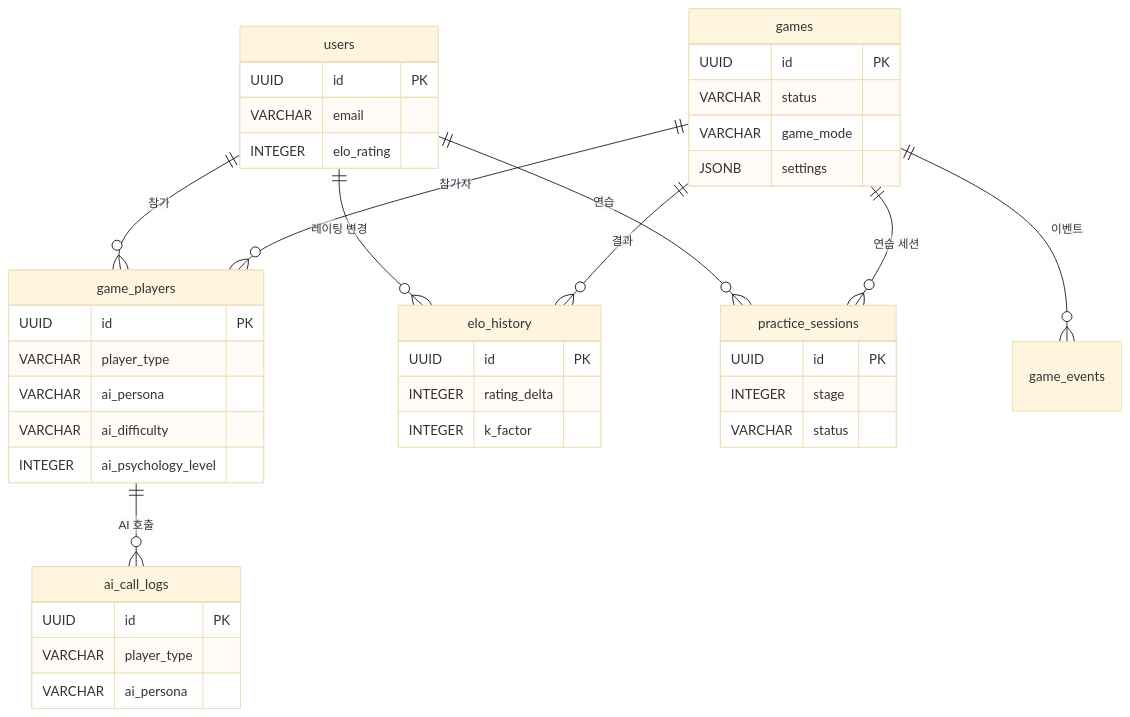
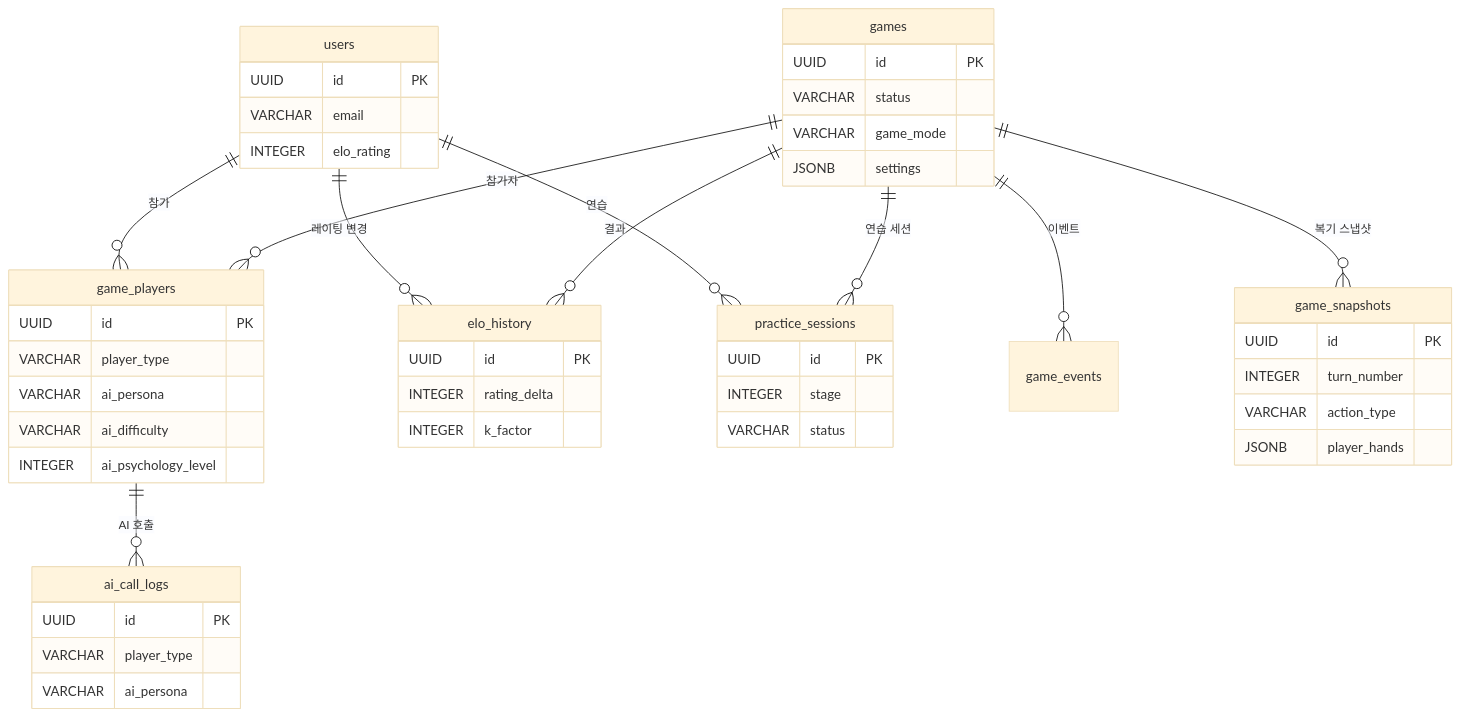
Before and after one commit to k82022603/RummiArena: the diagram in docs/02-design/02-database-design.md, drawn with Mermaid (base theme). The commit also changed other lines of this file and 6 other files, not shown here.

````diff
--- a/docs/02-design/02-database-design.md
+++ b/docs/02-design/02-database-design.md
@@ -276,45 +301,52 @@
 ```mermaid
 erDiagram
     users ||--o{ game_players : "참가"
     users ||--o{ elo_history : "레이팅 변경"
     users ||--o{ practice_sessions : "연습"
     games ||--o{ game_players : "참가자"
     games ||--o{ game_events : "이벤트"
     games ||--o{ elo_history : "결과"
     games ||--o{ practice_sessions : "연습 세션"
     game_players ||--o{ ai_call_logs : "AI 호출"
+    games ||--o{ game_snapshots : "복기 스냅샷"
 
     users {
         UUID id PK
         VARCHAR email
         INTEGER elo_rating
     }
     games {
         UUID id PK
         VARCHAR status
         VARCHAR game_mode
         JSONB settings
     }
     game_players {
         UUID id PK
         VARCHAR player_type
         VARCHAR ai_persona
         VARCHAR ai_difficulty
         INTEGER ai_psychology_level
     }
     ai_call_logs {
         UUID id PK
         VARCHAR player_type
         VARCHAR ai_persona
     }
     elo_history {
         UUID id PK
         INTEGER rating_delta
         INTEGER k_factor
     }
     practice_sessions {
         UUID id PK
         INTEGER stage
         VARCHAR status
     }
+    game_snapshots {
+        UUID id PK
+        INTEGER turn_number
+        VARCHAR action_type
+        JSONB player_hands
+    }
 ```
````
